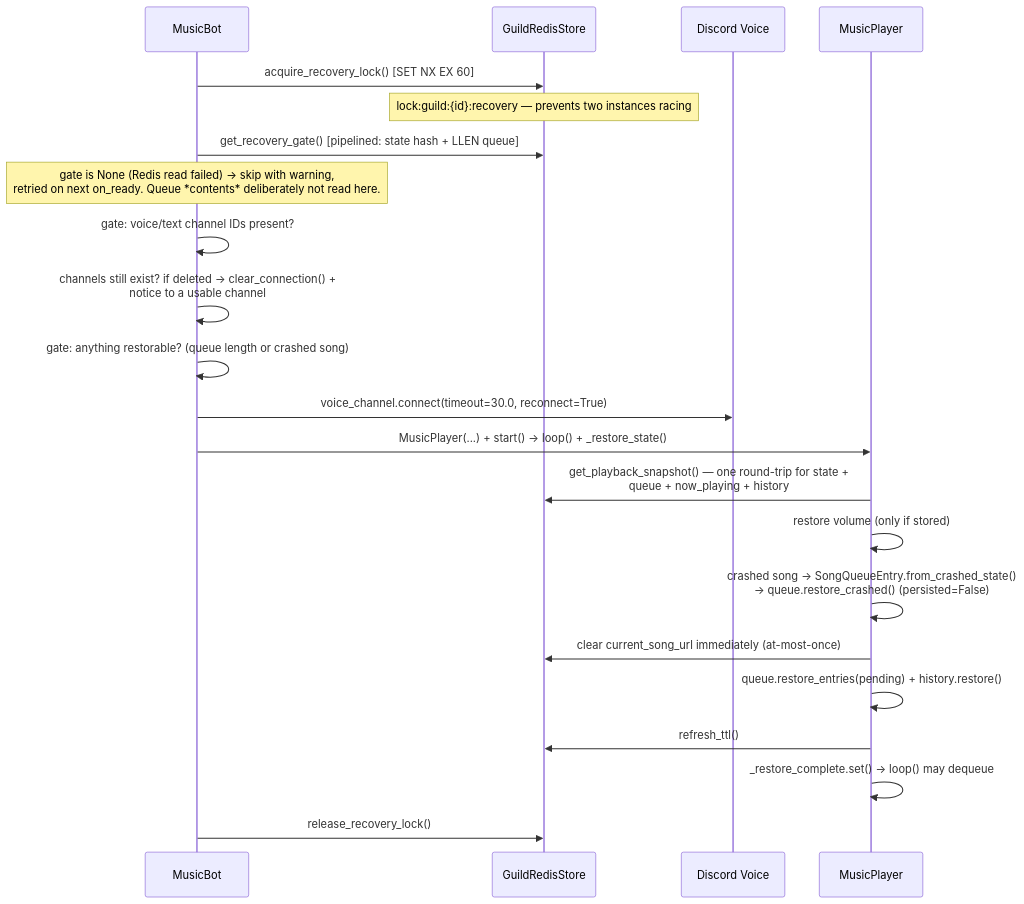
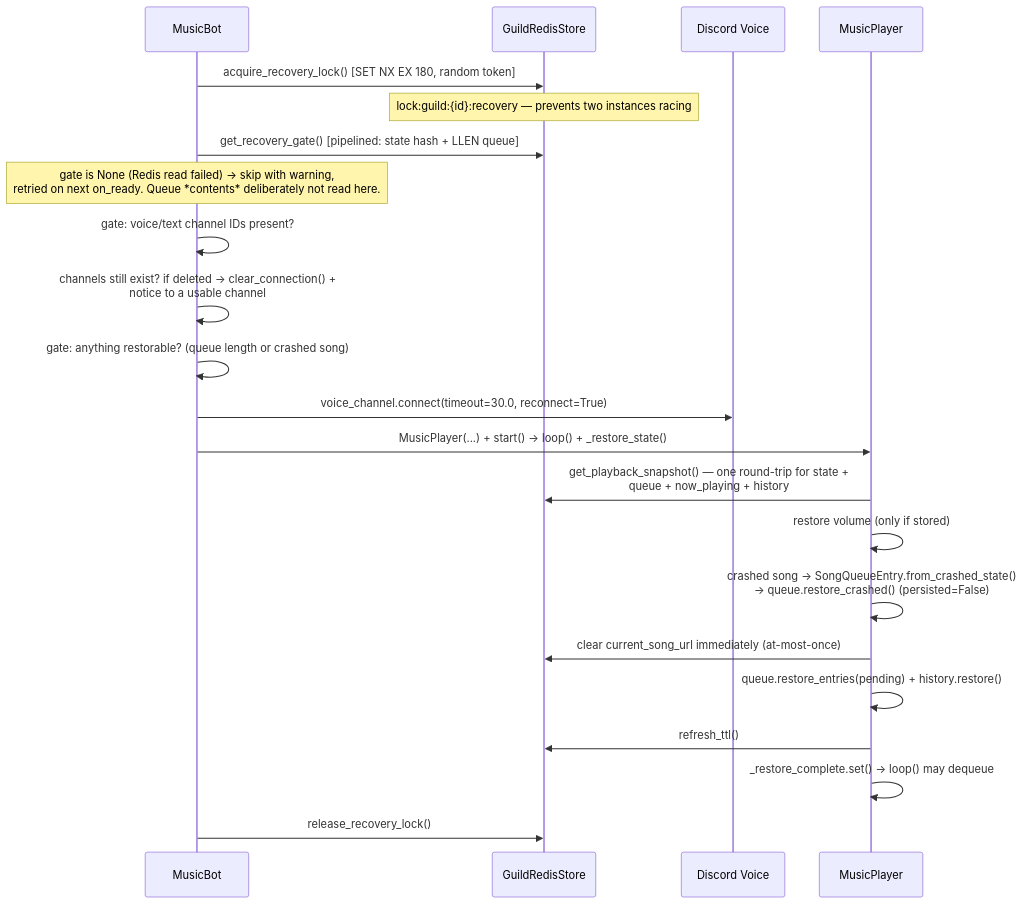
One commit to kawadeomkar/discord-music-bot changed diagram 11 of 15 in docs/ARCHITECTURE.md. Above: the diagram before and after it, drawn with Mermaid. The commit also changed other lines of this file and 2 other files, not shown here.

First line of the commit message:
Update the docs the recovery-lock TTL change contradicts

````diff
--- a/docs/ARCHITECTURE.md
+++ b/docs/ARCHITECTURE.md
@@ -717,27 +717,27 @@
 ```mermaid
 sequenceDiagram
     participant MusicBot
     participant Redis as GuildRedisStore
     participant VC as Discord Voice
     participant MP as MusicPlayer
 
-    MusicBot->>Redis: acquire_recovery_lock() [SET NX EX 60]
+    MusicBot->>Redis: acquire_recovery_lock() [SET NX EX 180, random token]
     Note over Redis: lock:guild:{id}:recovery — prevents two instances racing
     MusicBot->>Redis: get_recovery_gate() [pipelined: state hash + LLEN queue]
     Note over MusicBot: gate is None (Redis read failed) → skip with warning,<br/>retried on next on_ready. Queue *contents* deliberately not read here.
     MusicBot->>MusicBot: gate: voice/text channel IDs present?
     MusicBot->>MusicBot: channels still exist? if deleted → clear_connection() +<br/>notice to a usable channel
     MusicBot->>MusicBot: gate: anything restorable? (queue length or crashed song)
     MusicBot->>VC: voice_channel.connect(timeout=30.0, reconnect=True)
     MusicBot->>MP: MusicPlayer(...) + start() → loop() + _restore_state()
 
     MP->>Redis: get_playback_snapshot() — one round-trip for state +<br/>queue + now_playing + history
     MP->>MP: restore volume (only if stored)
     MP->>MP: crashed song → SongQueueEntry.from_crashed_state()<br/>→ queue.restore_crashed() (persisted=False)
     MP->>Redis: clear current_song_url immediately (at-most-once)
     MP->>MP: queue.restore_entries(pending) + history.restore()
     MP->>Redis: refresh_ttl()
     MP->>MP: _restore_complete.set() → loop() may dequeue
 
     MusicBot->>Redis: release_recovery_lock()
 ```
````
